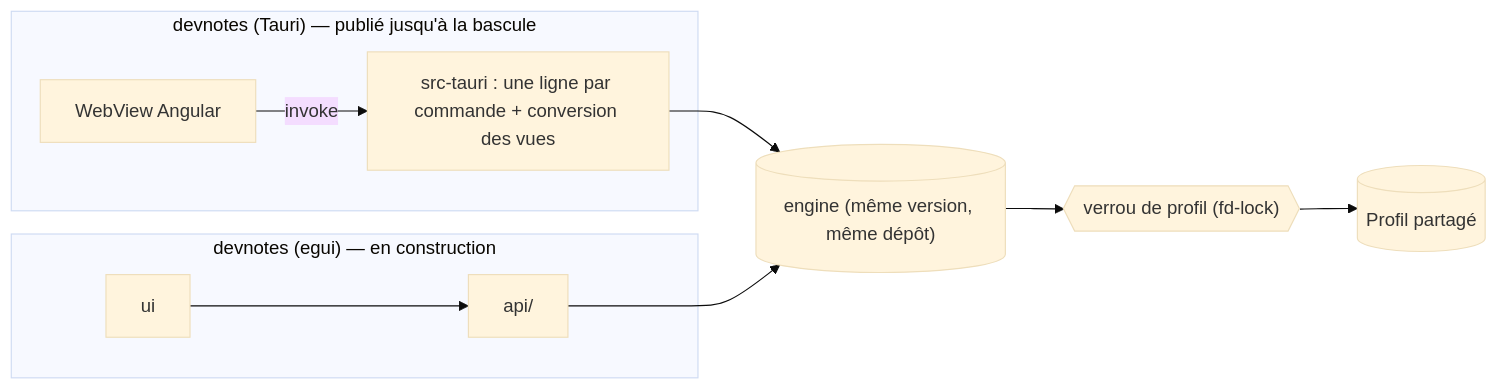
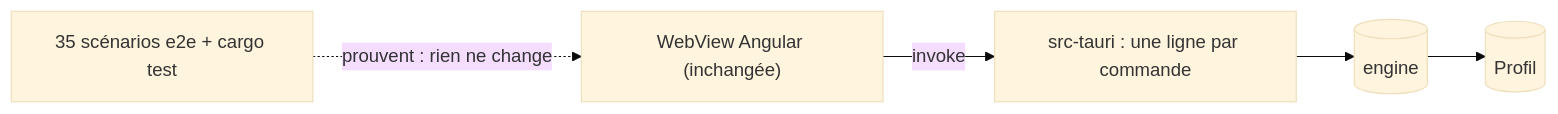
One commit to vmillet-dev/devnotes-rs changed the sixth of 7 diagrams in docs/egui-migration-plan.md. Above: the diagram before and after it, drawn with Mermaid (base theme). The commit also changed other lines of this file, not shown here.

First line of the commit message:
Architecture: record the decisions taken on the egui migration plan

````diff
--- a/docs/egui-migration-plan.md
+++ b/docs/egui-migration-plan.md
@@ -563,13 +571,7 @@
 ```mermaid
 flowchart LR
-  subgraph tauri["devnotes (Tauri) — publié jusqu'à la bascule"]
-    wv["WebView Angular"] -->|invoke| cmds["src-tauri : une ligne par commande + conversion des vues"]
-  end
-  subgraph egui["devnotes (egui) — en construction"]
-    ui["ui"] --> api["api/"]
-  end
-  cmds --> core[("engine (même version, même dépôt)")]
-  api --> core
-  core --> lock{{"verrou de profil (fd-lock)"}}
-  lock --> disk[("Profil partagé")]
+  wv["WebView Angular (inchangée)"] -->|invoke| cmds["src-tauri : une ligne par commande"]
+  cmds --> core[("engine")]
+  e2e["35 scénarios e2e + cargo test"] -.->|prouvent : rien ne change| wv
+  core --> disk[("Profil")]
 ```
````
